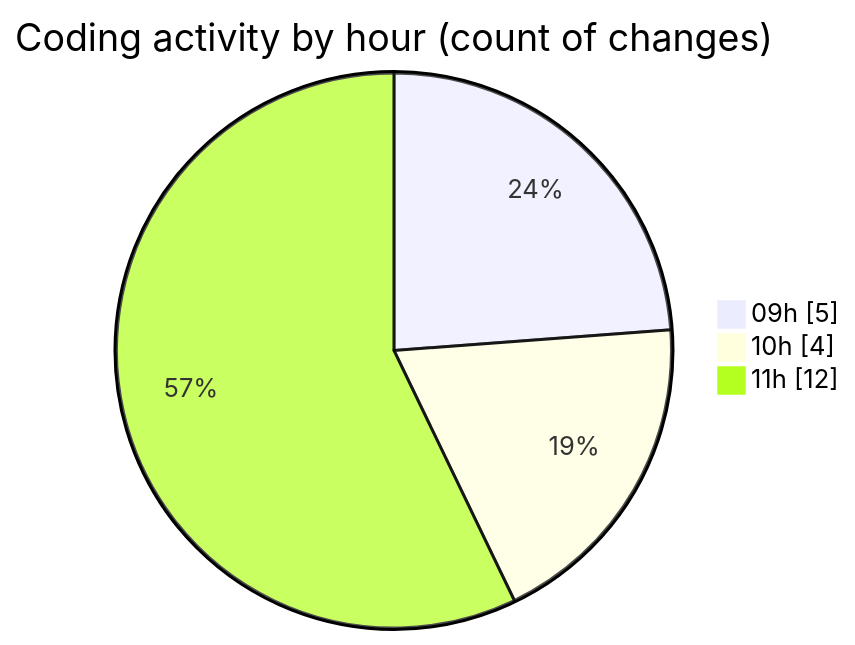
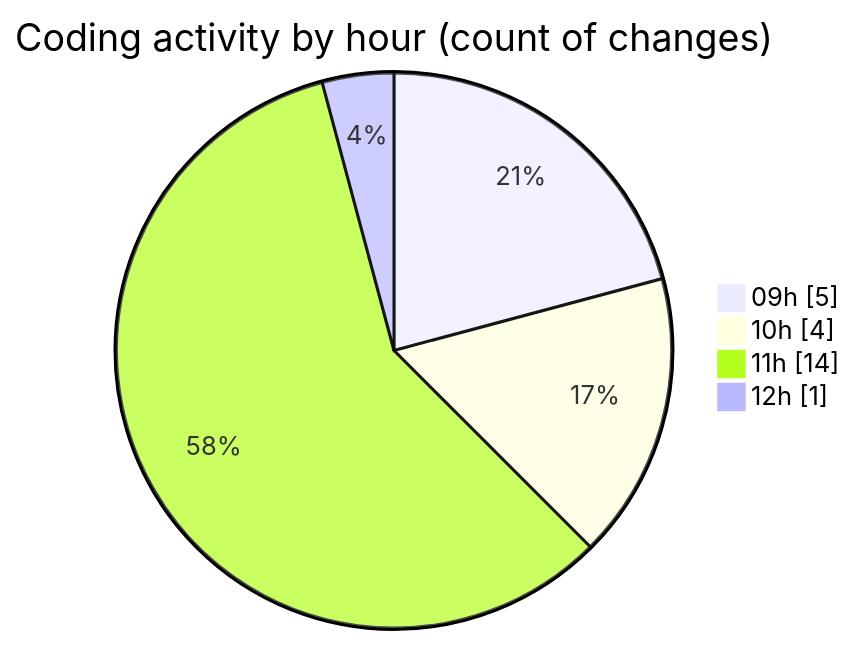
One commit to momahboobian/code-tracking changed the second of 2 diagrams in 2025-09-11/cda/README.md. Above: the diagram before and after it, drawn with Mermaid. The commit also changed other lines of this file and 1 other file, not shown here.

````diff
--- a/2025-09-11/cda/README.md
+++ b/2025-09-11/cda/README.md
@@ -36,7 +36,8 @@
 ```mermaid
 pie showData
 title Coding activity by hour (count of changes)
 "09h" : 5
 "10h" : 4
-"11h" : 12
+"11h" : 14
+"12h" : 1
 ```
````
